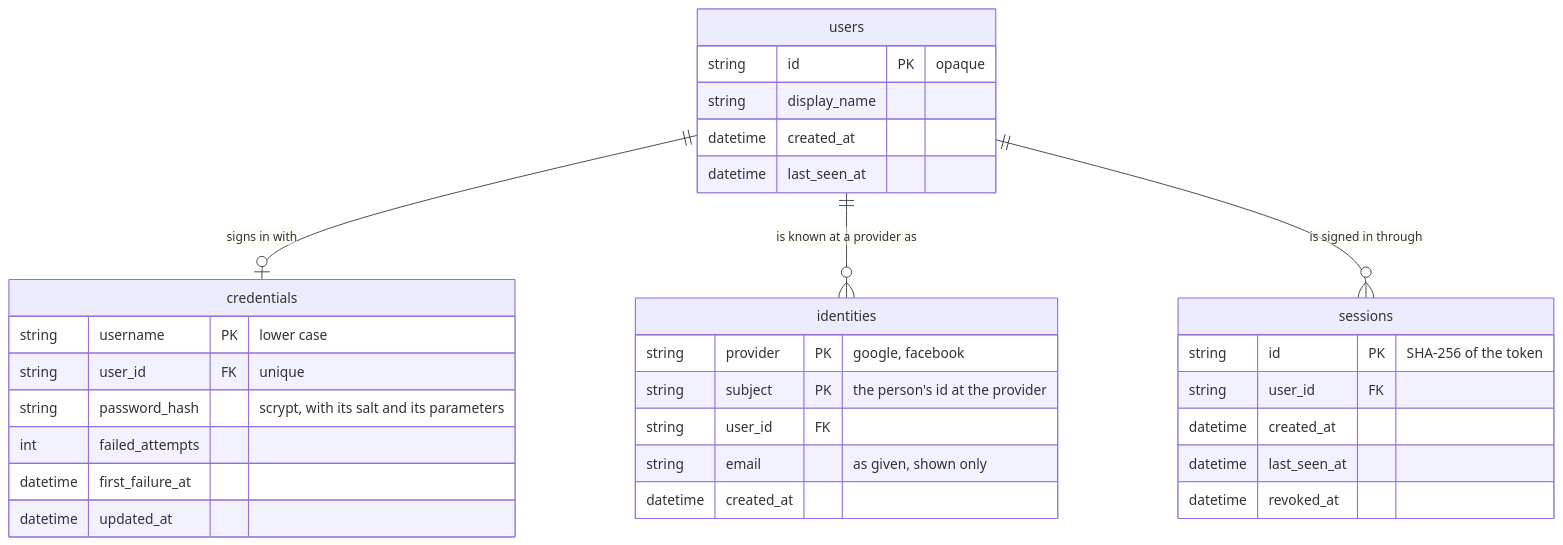
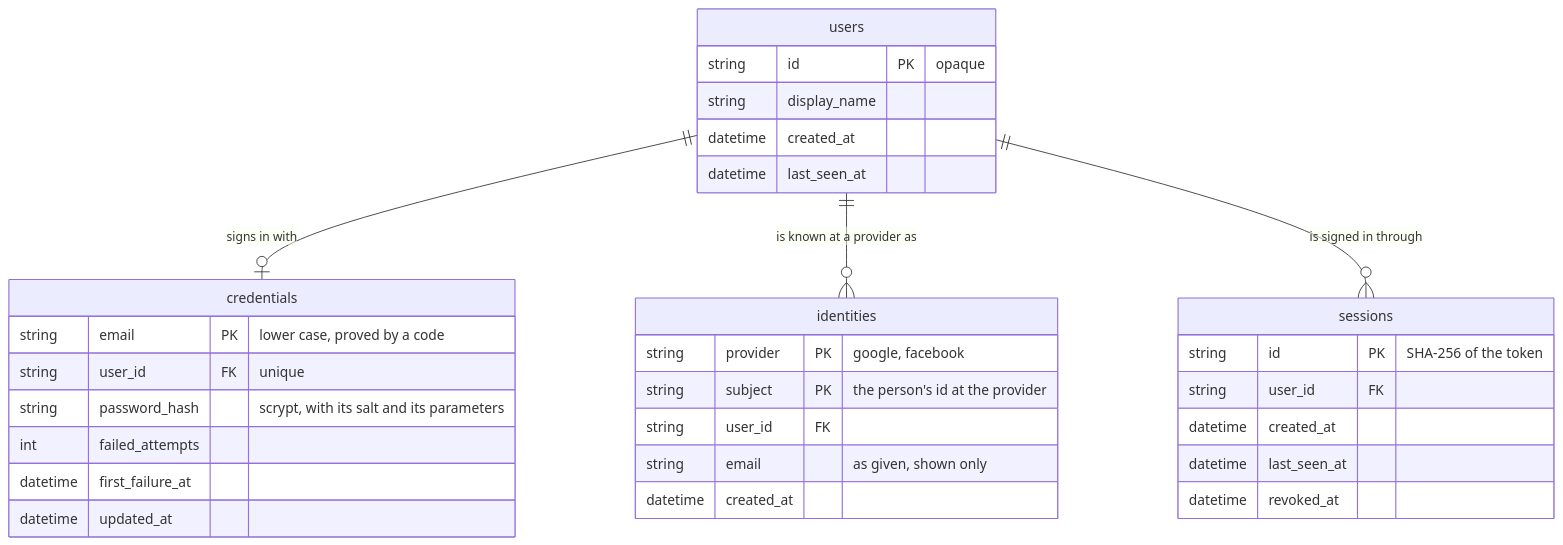
One commit to Learnheart/Avatar_AI changed the sixth of 6 diagrams in docs/2026-10-13/sign-in/design.md. Above: the diagram before and after it, drawn with Mermaid. The commit also changed other lines of this file and 6 other files, not shown here.

Commit message:
docs(update docs): document accounts by email with a code

````diff
--- a/docs/2026-10-13/sign-in/design.md
+++ b/docs/2026-10-13/sign-in/design.md
@@ -273,34 +297,34 @@
 ```mermaid
 erDiagram
     users ||--o| credentials : "signs in with"
     users ||--o{ identities : "is known at a provider as"
     users ||--o{ sessions : "is signed in through"
     users {
         string id PK "opaque"
         string display_name
         datetime created_at
         datetime last_seen_at
     }
     credentials {
-        string username PK "lower case"
+        string email PK "lower case, proved by a code"
         string user_id FK "unique"
         string password_hash "scrypt, with its salt and its parameters"
         int failed_attempts
         datetime first_failure_at
         datetime updated_at
     }
     identities {
         string provider PK "google, facebook"
         string subject PK "the person's id at the provider"
         string user_id FK
         string email "as given, shown only"
         datetime created_at
     }
     sessions {
         string id PK "SHA-256 of the token"
         string user_id FK
         datetime created_at
         datetime last_seen_at
         datetime revoked_at
     }
 ```
````
